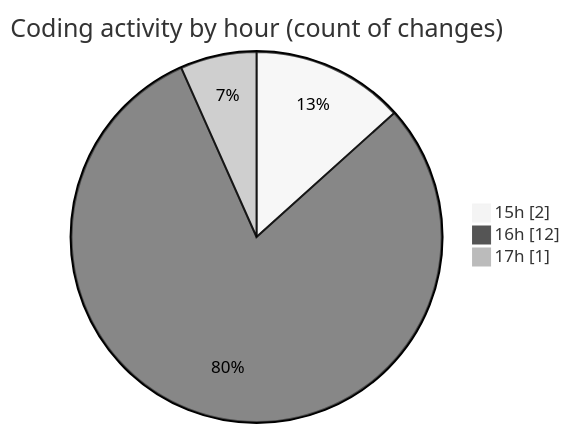
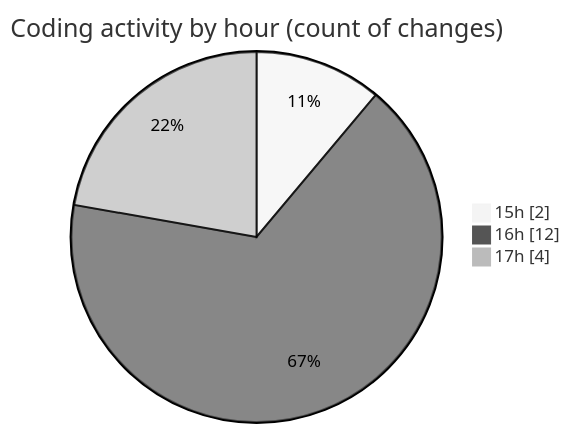
One commit to donsfak/code-tracking changed the second of 2 diagrams in 2025-10-19/weather_insights_app/README.md. Above: the diagram before and after it, drawn with Mermaid (neutral theme). The commit also changed other lines of this file and 1 other file, not shown here.

````diff
--- a/2025-10-19/weather_insights_app/README.md
+++ b/2025-10-19/weather_insights_app/README.md
@@ -38,7 +38,7 @@
 ```mermaid
 pie showData
 title Coding activity by hour (count of changes)
 "15h" : 2
 "16h" : 12
-"17h" : 1
+"17h" : 4
 ```
````
